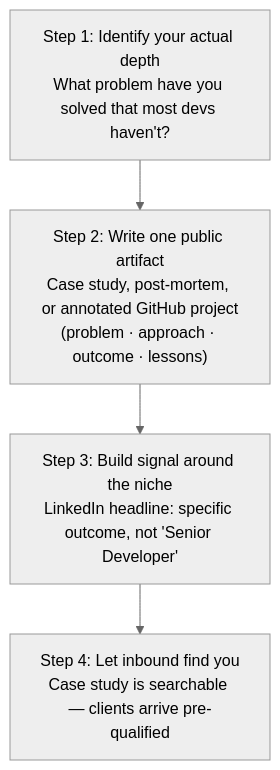
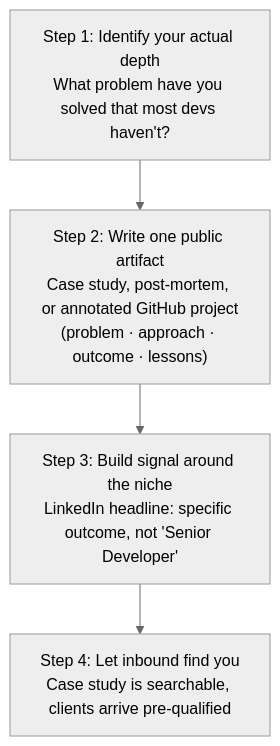
Before and after one commit to un-earthly/portfolio-client: the diagram in src/content/blogs/freelance-developer-market-positioning-remote-work-strategy.md, drawn with Mermaid (neutral theme). The commit also changed 22 other files, not shown here.

````diff
--- a/src/content/blogs/freelance-developer-market-positioning-remote-work-strategy.md
+++ b/src/content/blogs/freelance-developer-market-positioning-remote-work-strategy.md
@@ -44,8 +44,8 @@
 ```mermaid
 flowchart TD
     S1["Step 1: Identify your actual depth\nWhat problem have you solved that most devs haven't?"]
     S2["Step 2: Write one public artifact\nCase study, post-mortem, or annotated GitHub project\n(problem · approach · outcome · lessons)"]
     S3["Step 3: Build signal around the niche\nLinkedIn headline: specific outcome, not 'Senior Developer'"]
-    S4["Step 4: Let inbound find you\nCase study is searchable — clients arrive pre-qualified"]
+    S4["Step 4: Let inbound find you\nCase study is searchable, clients arrive pre-qualified"]
     S1 --> S2 --> S3 --> S4
 ```
````
